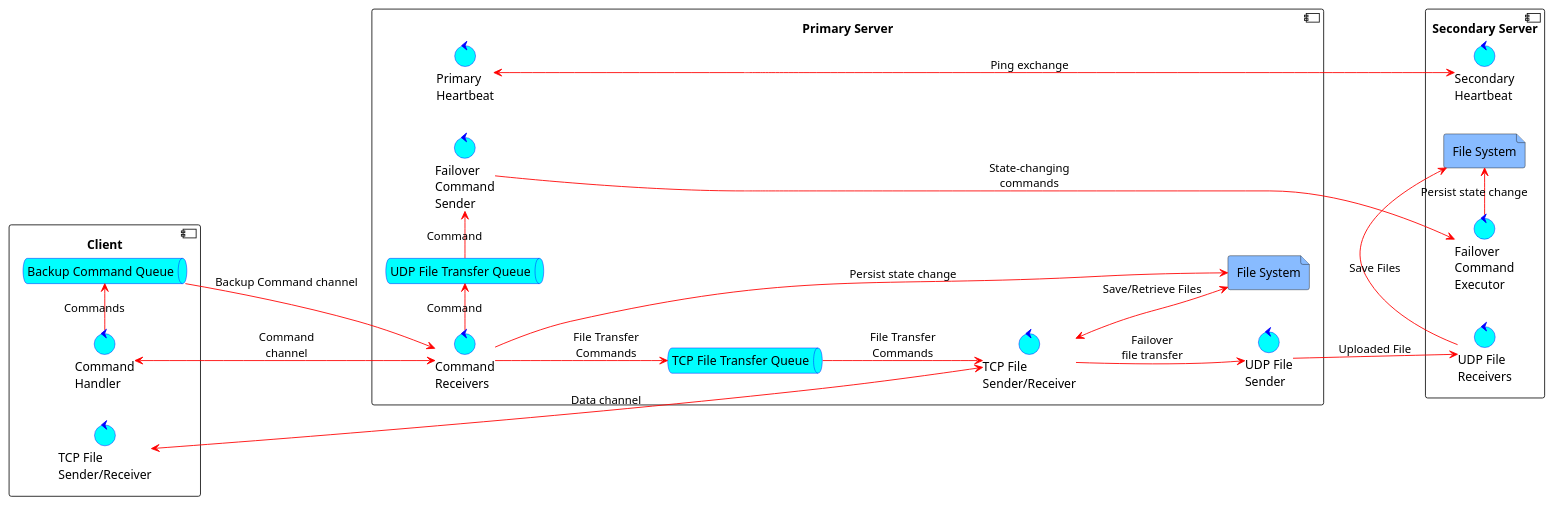
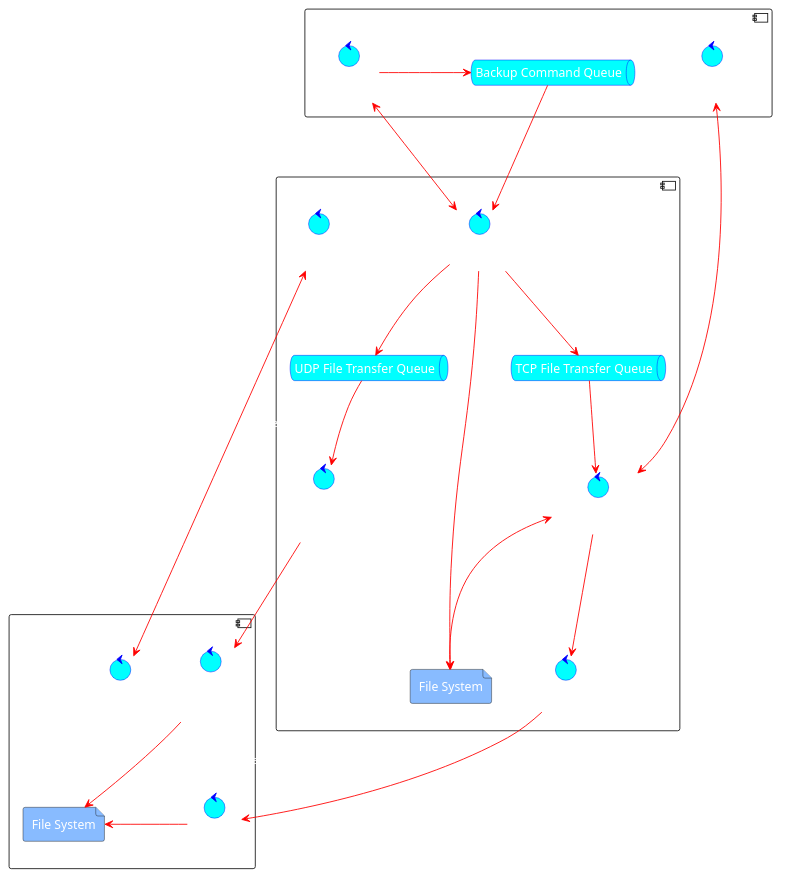
One commit to PomatoCoCEO/UcDrive changed the diagram in arch/architecture.puml. Above: the diagram before and after it, drawn with PlantUML. The commit also changed 8 other files, not shown here.

```diff
--- a/arch/architecture.puml
+++ b/arch/architecture.puml
@@ -1,55 +1,58 @@
 @startuml architecture
 'default
-left to right direction
+'left to right direction
+skinparam DefaultTextAlignment CENTER
+skinparam DefaultFontColor #ffffff
+skinparam ArrowColor #ffbb00
 skinparam ControlBackgroundColor #00ffff
 skinparam ControlBorderColor #0000ff
 skinparam ArrowColor #ff0000
 skinparam ControlFontName Consolas
 skinparam QueueBackgroundColor #00ffff
 skinparam QueueBorderColor #0000ff
 skinparam FileBackgroundColor #88bbff
 component client as "Client"{
     control "TCP File\nSender/Receiver" AS tcp_client_file_sender_receiver
     control "Command\nHandler" AS command_handler
     queue "Backup Command Queue" as backup_command_queue
 }
 
 component primary_server as "Primary Server" {
     control "Command\nReceivers" AS command_receivers
     control "TCP File\nSender/Receiver" AS tcp_server_file_sender_receiver
     control "Failover\nCommand\nSender" AS failover_command_sender
     control "UDP File\nSender" AS udp_file_sender
     control "Primary\nHeartbeat" AS primary_heartbeat
     queue "UDP File Transfer Queue" as udp_queue
     queue "TCP File Transfer Queue" as tcp_queue
     file "File System" as pfs
 }
 
 component secondary_server as "Secondary Server" {
     control "Secondary\nHeartbeat" AS secondary_heartbeat
     control "Failover\nCommand\nExecutor" AS failover_command_executor
     control "UDP File\nReceivers" AS udp_file_receivers
     file "File System" as sfs
 }
 
 
 
 primary_heartbeat <-> secondary_heartbeat : Ping exchange
 command_handler <--> command_receivers: Command\nchannel
 backup_command_queue --> command_receivers: Backup Command channel
 command_handler -> backup_command_queue: Commands
-command_receivers -right-> udp_queue: Command
+command_receivers --> udp_queue: Command
 command_receivers -> pfs: Persist state change
-udp_queue -right-> failover_command_sender: Command
+udp_queue --> failover_command_sender: Command
 command_receivers --> tcp_queue: File Transfer\nCommands
 tcp_queue --> tcp_server_file_sender_receiver: File Transfer\nCommands
 tcp_server_file_sender_receiver --> udp_file_sender: Failover\nfile transfer
 tcp_server_file_sender_receiver <--> pfs: Save/Retrieve Files
-udp_file_sender --> udp_file_receivers: Uploaded File
-failover_command_sender -right-> failover_command_executor: State-changing\ncommands
-failover_command_executor -> sfs: Persist state change
+udp_file_sender -down-> udp_file_receivers: Uploaded File
+failover_command_sender --> failover_command_executor: State-changing\ncommands
+failover_command_executor --> sfs: Persist state change
 udp_file_receivers -> sfs: Save Files
-tcp_client_file_sender_receiver <-right-> tcp_server_file_sender_receiver: Data channel
+tcp_client_file_sender_receiver <--> tcp_server_file_sender_receiver: Data channel
 
 
 @enduml
```
